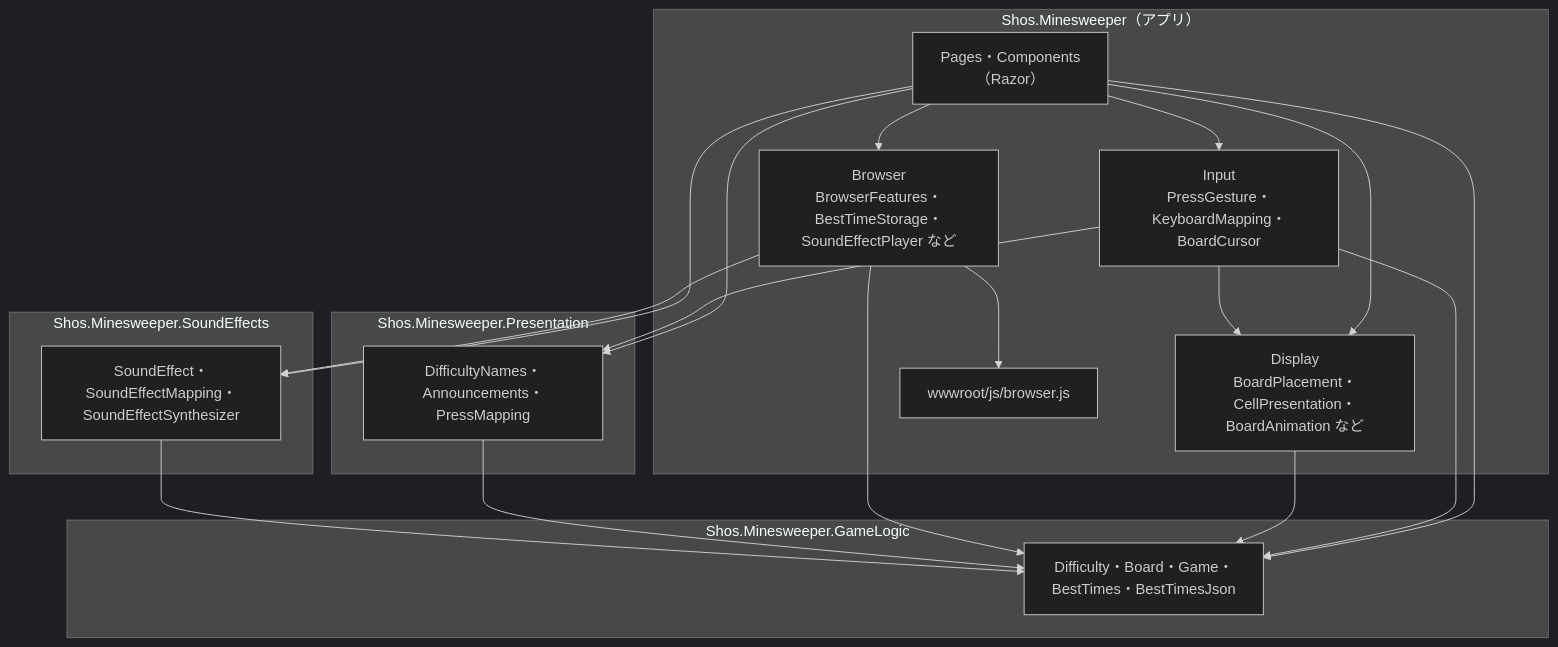
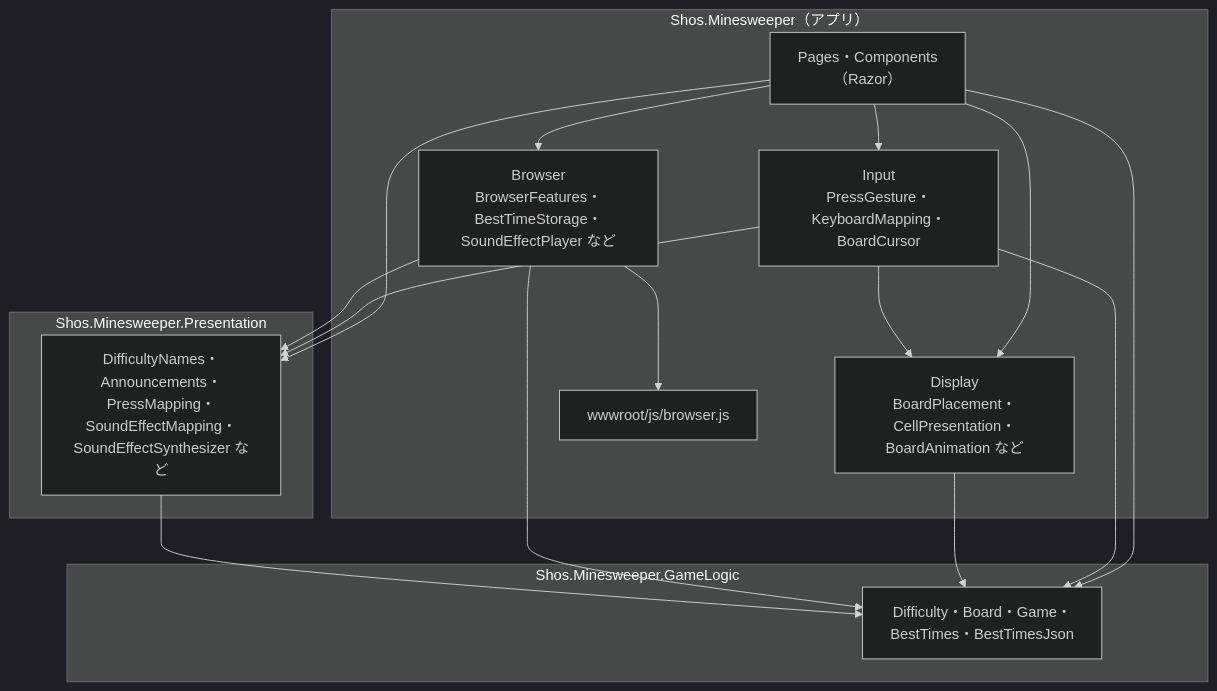
One commit to Fujiwo/Shos.Minesweeper changed the third of 12 diagrams in docs/04-architecture.md. Above: the diagram before and after it, drawn with Mermaid (dark theme). The commit also changed other lines of this file and 2 other files, not shown here.

Commit message:
docs: Update architecture review for version 1.1.0, reflecting user feedback and clarifying sound effect implementation details

````diff
--- a/docs/04-architecture.md
+++ b/docs/04-architecture.md
@@ -175,34 +172,29 @@
 ```mermaid
 flowchart TB
     subgraph AppProject["Shos.Minesweeper（アプリ）"]
         Components["Pages・Components<br/>（Razor）"]
         Input["Input<br/>PressGesture・KeyboardMapping・BoardCursor"]
         Display["Display<br/>BoardPlacement・CellPresentation・BoardAnimation など"]
         BrowserFolder["Browser<br/>BrowserFeatures・BestTimeStorage・SoundEffectPlayer など"]
         Js["wwwroot/js/browser.js"]
     end
     subgraph PresentationProject["Shos.Minesweeper.Presentation"]
-        Shared["DifficultyNames・Announcements・PressMapping"]
-    end
-    subgraph SoundEffectsProject["Shos.Minesweeper.SoundEffects"]
-        Sound["SoundEffect・SoundEffectMapping・SoundEffectSynthesizer"]
+        Shared["DifficultyNames・Announcements・PressMapping・<br/>SoundEffectMapping・SoundEffectSynthesizer など"]
     end
     subgraph GameLogicProject["Shos.Minesweeper.GameLogic"]
         Logic["Difficulty・Board・Game・BestTimes・BestTimesJson"]
     end
     Components --> Input
     Components --> Display
     Components --> BrowserFolder
     Components --> Shared
-    Components --> Sound
     Components --> Logic
     Input --> Shared
     Input --> Logic
     Input --> Display
     Display --> Logic
     BrowserFolder --> Logic
-    BrowserFolder --> Sound
+    BrowserFolder --> Shared
     BrowserFolder --> Js
     Shared --> Logic
-    Sound --> Logic
 ```
````
